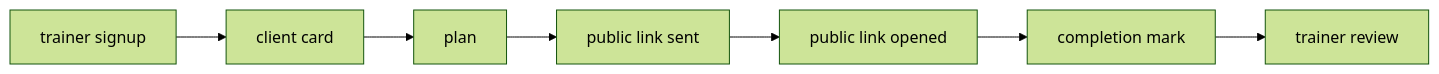
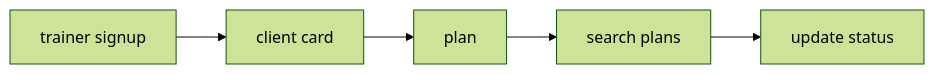
One commit to MartyanovAV/otuskotlin changed the diagram in docs/01-business/BUSINESS_VISION.md. Above: the diagram before and after it, drawn with Mermaid (forest theme). The commit also changed other lines of this file and 56 other files, not shown here.

````diff
--- a/docs/01-business/BUSINESS_VISION.md
+++ b/docs/01-business/BUSINESS_VISION.md
@@ -48,9 +48,7 @@
 ```mermaid
 flowchart LR
     A[trainer signup] --> B[client card]
     B --> C[plan]
-    C --> D[public link sent]
-    D --> E[public link opened]
-    E --> F[completion mark]
-    F --> G[trainer review]
+    C --> D[search plans]
+    D --> E[update status]
 ```
````
